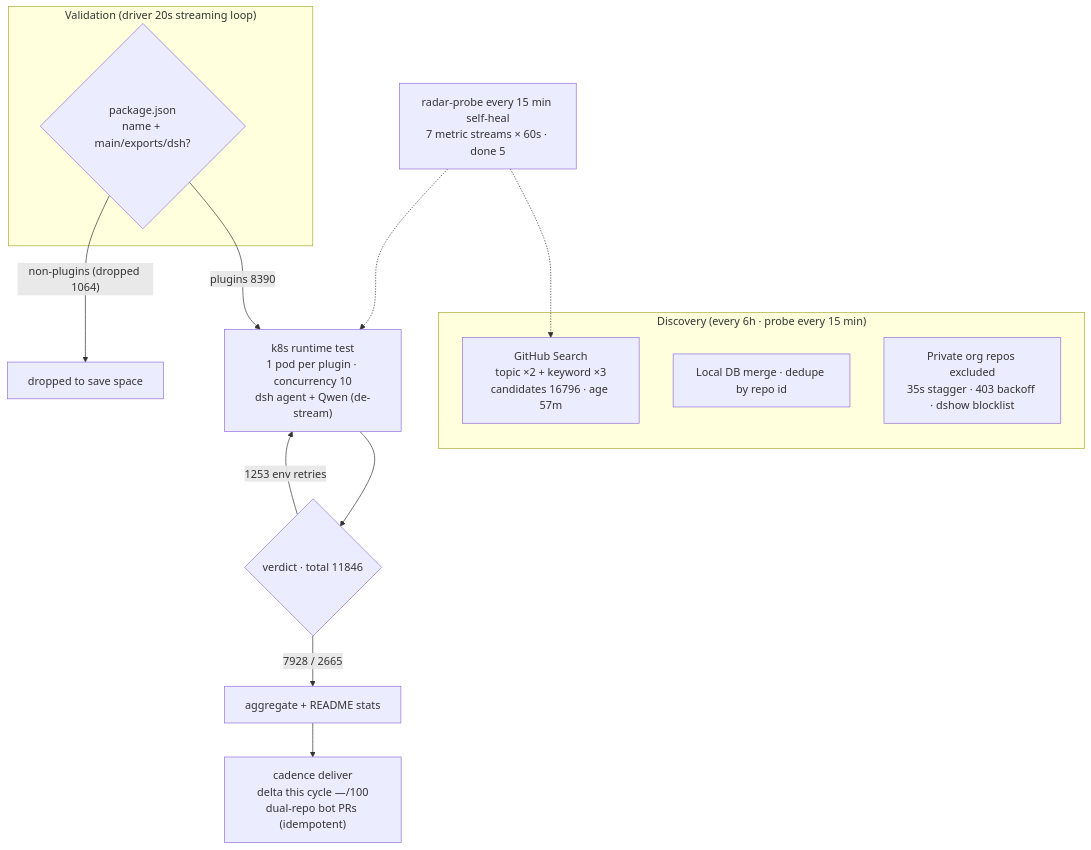
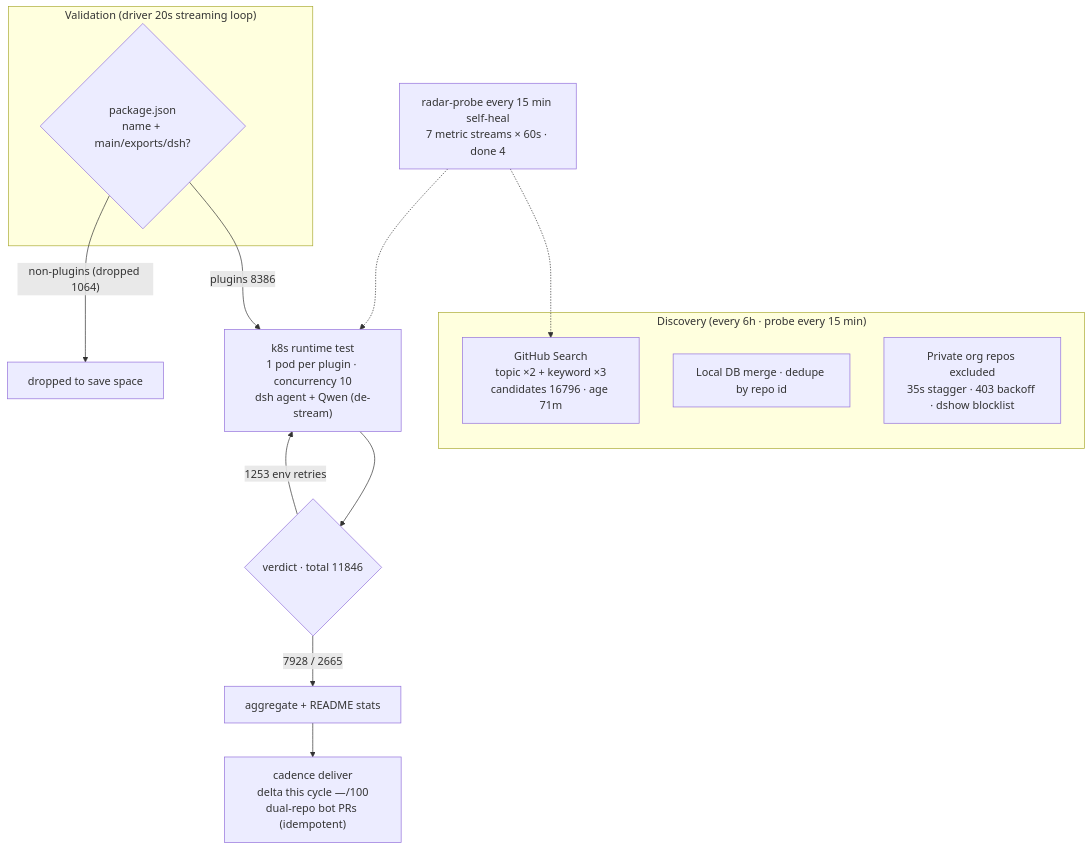
One commit to AdamPlatin123/awesome-dsh-plugins changed the diagram in README.en-US.md. Above: the diagram before and after it, drawn with Mermaid. The commit also changed other lines of this file and 5 other files, not shown here.

````diff
--- a/README.en-US.md
+++ b/README.en-US.md
@@ -45,20 +45,20 @@
 ```mermaid
 flowchart TB
     subgraph Discovery["Discovery (every 6h · probe every 15 min)"]
-        A1["GitHub Search<br/>topic ×2 + keyword ×3<br/>candidates 16796 · age 57m"]
+        A1["GitHub Search<br/>topic ×2 + keyword ×3<br/>candidates 16796 · age 71m"]
         A2["Local DB merge · dedupe by repo id"]
         A3["Private org repos excluded<br/>35s stagger · 403 backoff · dshow blocklist"]
     end
     subgraph Validation["Validation (driver 20s streaming loop)"]
         B1{"package.json<br/>name + main/exports/dsh?"}
     end
-    B1 -->|"plugins 8390"| C1["k8s runtime test<br/>1 pod per plugin · concurrency 10<br/>dsh agent + Qwen (de-stream)"]
+    B1 -->|"plugins 8386"| C1["k8s runtime test<br/>1 pod per plugin · concurrency 10<br/>dsh agent + Qwen (de-stream)"]
     B1 -->|"non-plugins (dropped 1064)"| B3["dropped to save space"]
     C1 --> D1{"verdict · total 11846"}
     D1 -->|"7928 / 2665"| E1["aggregate + README stats"]
     D1 -->|"1253 env retries"| C1
     E1 --> E2["cadence deliver<br/>delta this cycle —/100<br/>dual-repo bot PRs (idempotent)"]
-    M["radar-probe every 15 min self-heal<br/>7 metric streams × 60s · done 5"]
+    M["radar-probe every 15 min self-heal<br/>7 metric streams × 60s · done 4"]
     M -.-> A1
     M -.-> C1
 ```
````
